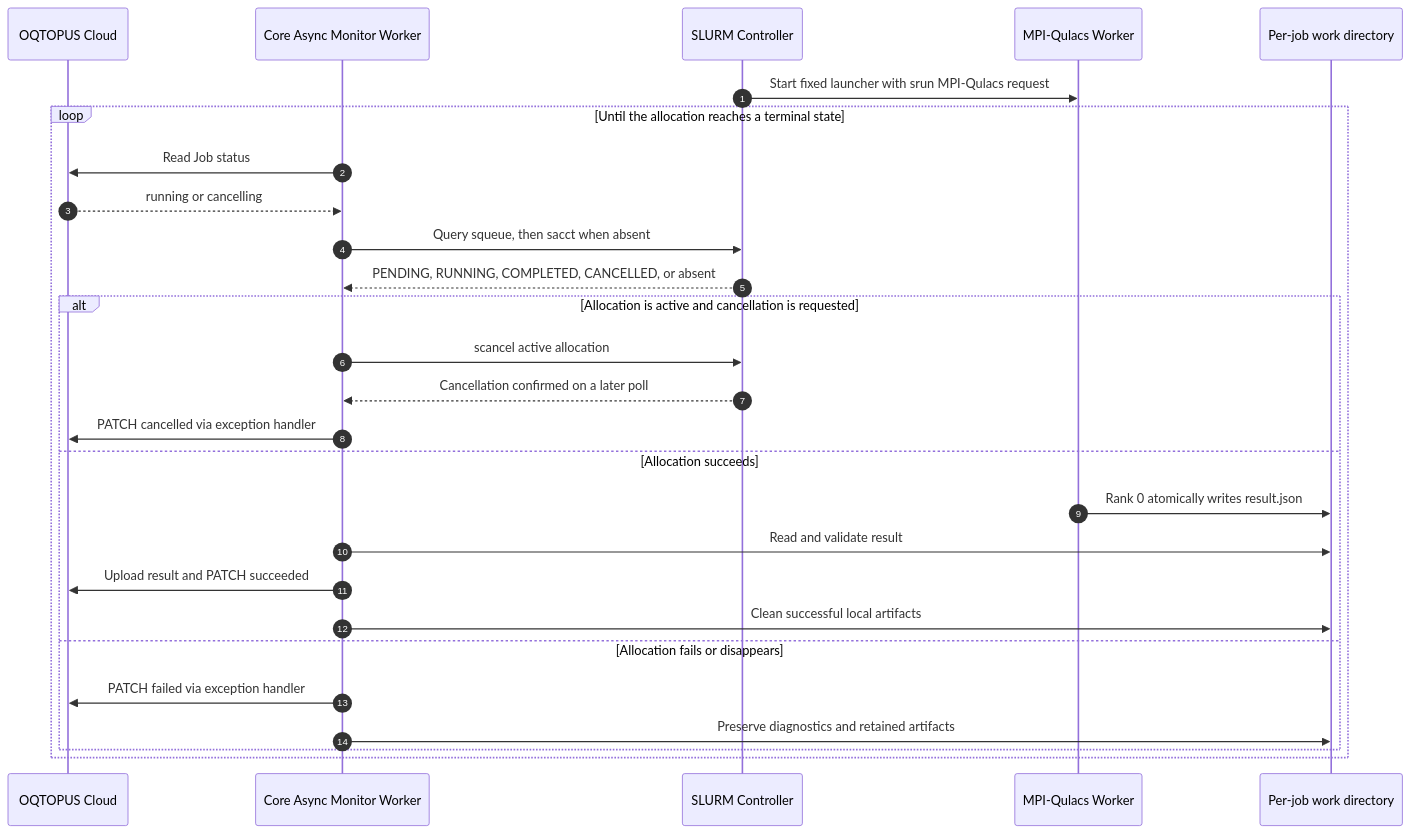
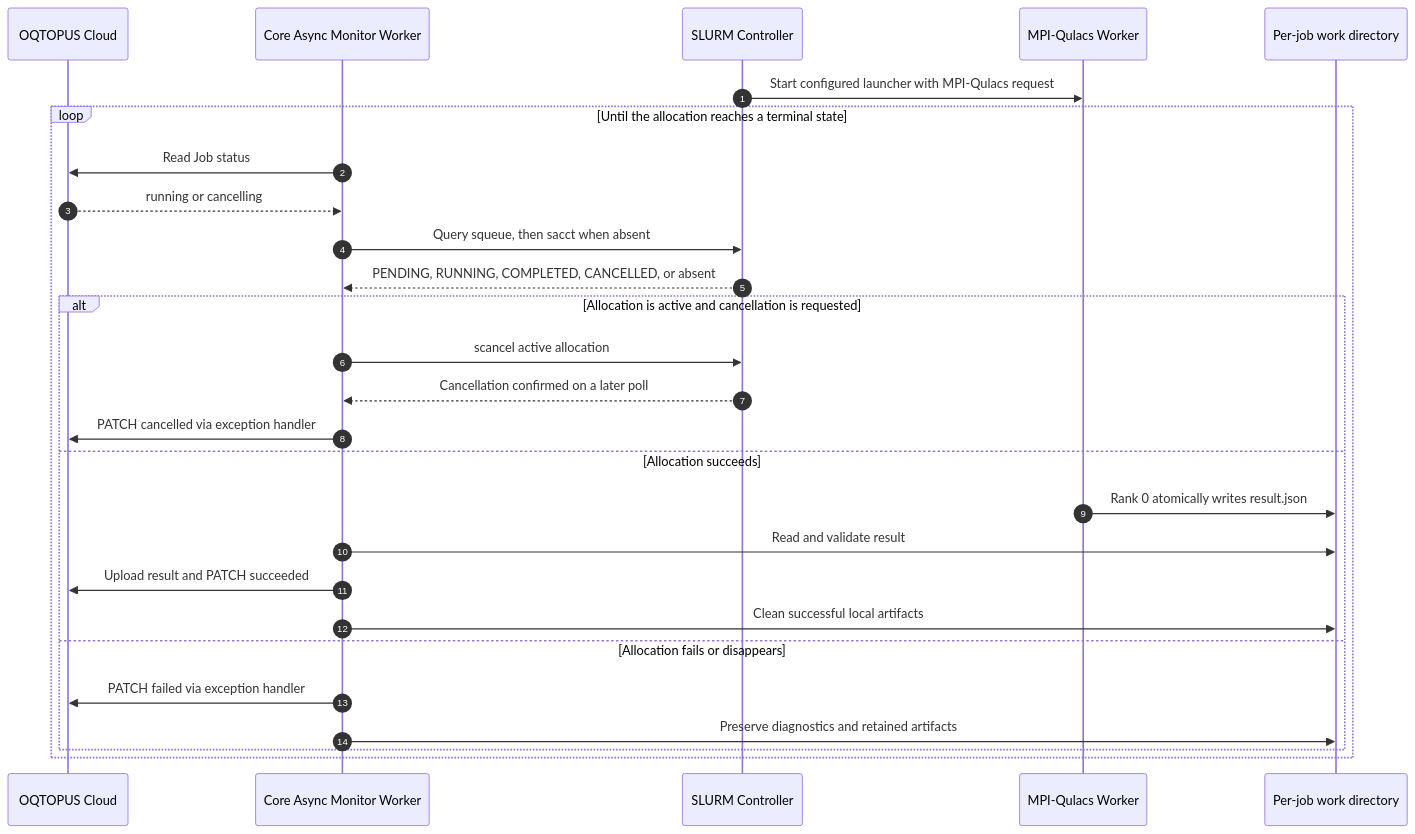
The second of 4 diagrams in docs/features/slurm_simulator/overview.md (oqtopus-team/oqtopus-engine), drawn with Mermaid before and after one commit. The commit also changed other lines of this file and 9 other files, not shown here.

````diff
--- a/docs/features/slurm_simulator/overview.md
+++ b/docs/features/slurm_simulator/overview.md
@@ -78,32 +78,32 @@
 ```mermaid
 sequenceDiagram
   autonumber
   participant Cloud as OQTOPUS Cloud
   participant Monitor as Core Async Monitor Worker
   participant Slurm as SLURM Controller
   participant Worker as MPI-Qulacs Worker
   participant WorkDir as Per-job work directory
 
-  Slurm->>Worker: Start fixed launcher with srun MPI-Qulacs request
+  Slurm->>Worker: Start configured launcher with MPI-Qulacs request
 
   loop Until the allocation reaches a terminal state
     Monitor->>Cloud: Read Job status
     Cloud-->>Monitor: running or cancelling
     Monitor->>Slurm: Query squeue, then sacct when absent
     Slurm-->>Monitor: PENDING, RUNNING, COMPLETED, CANCELLED, or absent
 
     alt Allocation is active and cancellation is requested
       Monitor->>Slurm: scancel active allocation
       Slurm-->>Monitor: Cancellation confirmed on a later poll
       Monitor->>Cloud: PATCH cancelled via exception handler
     else Allocation succeeds
       Worker->>WorkDir: Rank 0 atomically writes result.json
       Monitor->>WorkDir: Read and validate result
       Monitor->>Cloud: Upload result and PATCH succeeded
       Monitor->>WorkDir: Clean successful local artifacts
     else Allocation fails or disappears
       Monitor->>Cloud: PATCH failed via exception handler
       Monitor->>WorkDir: Preserve diagnostics and retained artifacts
     end
   end
 ```
````
